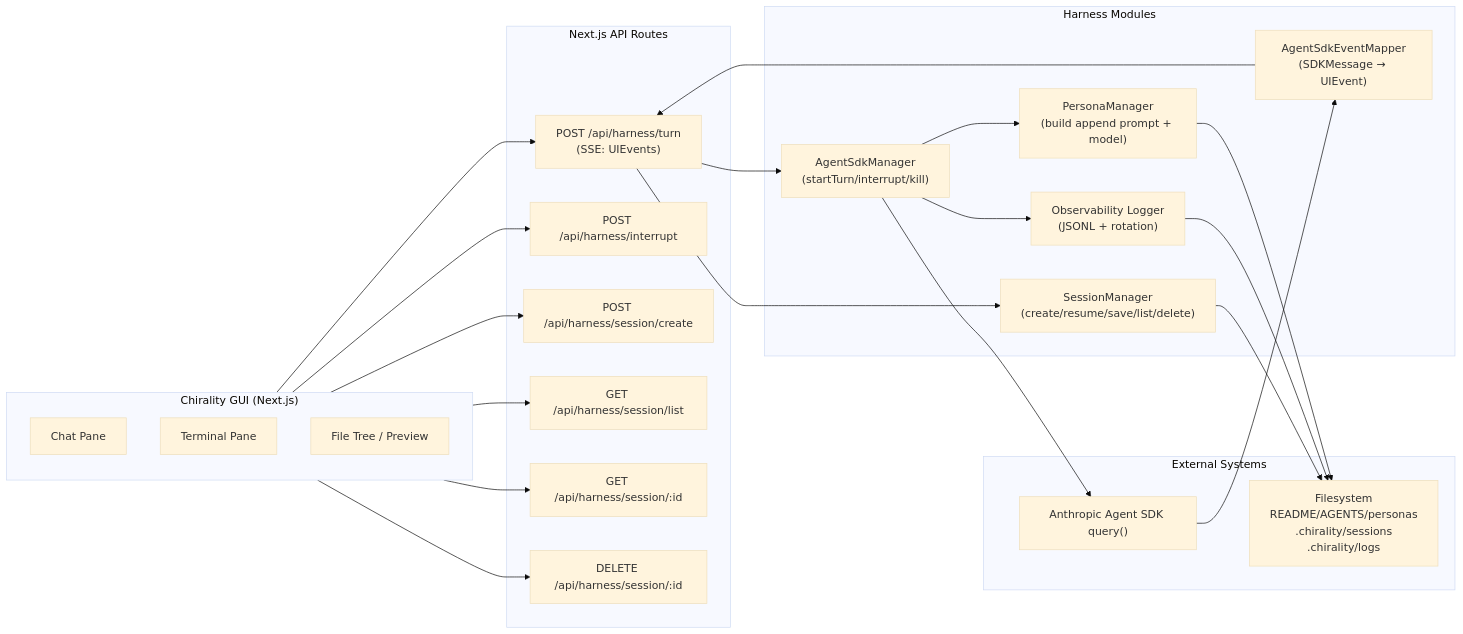
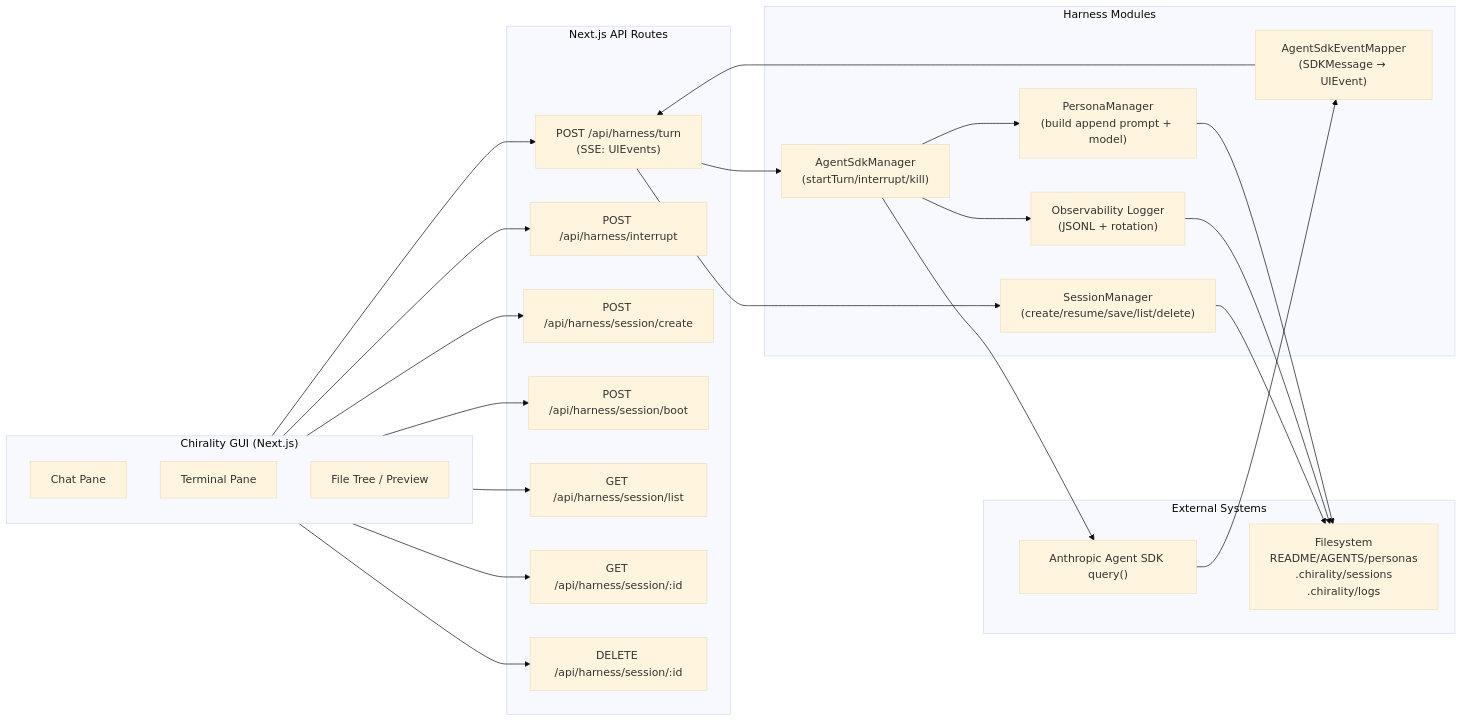
One commit to sgttomas/chirality-app changed the first of 3 diagrams in frontend/docs/harness/chirality_harness_graphs_and_sequence.md. Above: the diagram before and after it, drawn with Mermaid (base theme). The commit also changed other lines of this file and 44 other files, not shown here.

````diff
--- a/frontend/docs/harness/chirality_harness_graphs_and_sequence.md
+++ b/frontend/docs/harness/chirality_harness_graphs_and_sequence.md
@@ -11,48 +11,50 @@
 ```mermaid
 flowchart LR
   subgraph GUI["Chirality GUI (Next.js)"]
     Chat["Chat Pane"]
     Term["Terminal Pane"]
     Files["File Tree / Preview"]
   end
 
   subgraph API["Next.js API Routes"]
     Turn["POST /api/harness/turn\n(SSE: UIEvents)"]
     Interrupt["POST /api/harness/interrupt"]
     SessCreate["POST /api/harness/session/create"]
+    SessBoot["POST /api/harness/session/boot"]
     SessList["GET /api/harness/session/list"]
     SessGet["GET /api/harness/session/:id"]
     SessDel["DELETE /api/harness/session/:id"]
   end
 
   GUI --> Turn
   GUI --> Interrupt
   GUI --> SessCreate
+  GUI --> SessBoot
   GUI --> SessList
   GUI --> SessGet
   GUI --> SessDel
 
   subgraph Harness["Harness Modules"]
     SM["SessionManager\n(create/resume/save/list/delete)"]
     PM["PersonaManager\n(build append prompt + model)"]
     ASM["AgentSdkManager\n(startTurn/interrupt/kill)"]
     MAP["AgentSdkEventMapper\n(SDKMessage → UIEvent)"]
     LOG["Observability Logger\n(JSONL + rotation)"]
   end
 
   subgraph External["External Systems"]
     SDK["Anthropic Agent SDK query()"]
     FS["Filesystem\nREADME/AGENTS/personas\n.chirality/sessions\n.chirality/logs"]
   end
 
   Turn --> SM
   Turn --> ASM
   ASM --> PM
   PM --> FS
   ASM --> SDK
   SDK --> MAP
   MAP --> Turn
   ASM --> LOG
   LOG --> FS
   SM --> FS
 ```
````
